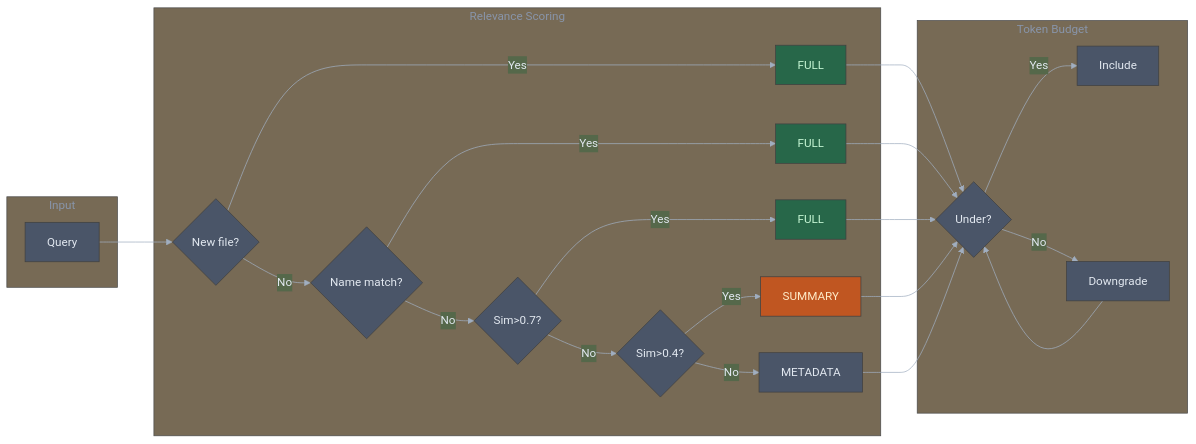
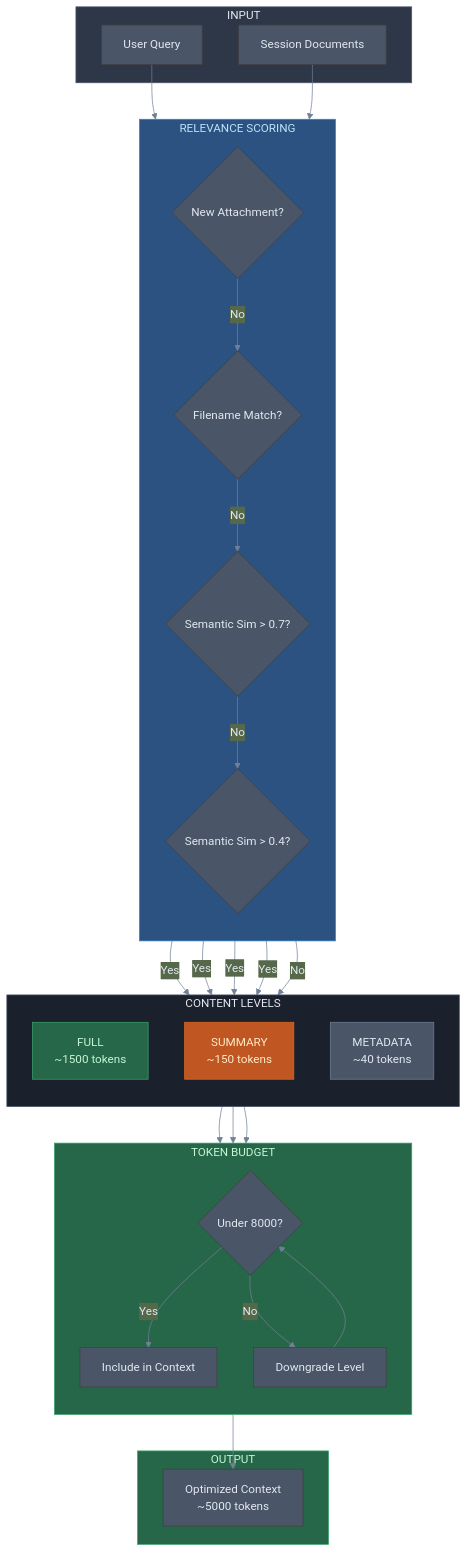
Before and after one commit to manumishra-zm/execution_plan: the fifth of 16 diagrams in chat_context/chat_context.md, drawn with Mermaid. The commit also changed other lines of this file, not shown here.

````diff
--- a/chat_context/chat_context.md
+++ b/chat_context/chat_context.md
@@ -162,29 +258,62 @@
 ```mermaid
-%%{init: {'theme': 'base', 'themeVariables': { 'primaryColor': '#4a5568', 'primaryTextColor': '#e2e8f0', 'lineColor': '#a0aec0'}}}%%
-flowchart LR
-    subgraph Input
-        Q[Query]
+%%{init: {'theme': 'base', 'themeVariables': { 'primaryColor': '#4a5568', 'primaryTextColor': '#e2e8f0', 'lineColor': '#718096'}}}%%
+flowchart TB
+    subgraph INPUT["INPUT"]
+        QUERY["User Query"]
+        DOCS["Session Documents"]
     end
-    subgraph Score["Relevance Scoring"]
-        S1{New file?} -->|Yes| FULL1[FULL]
-        S1 -->|No| S2{Name match?}
-        S2 -->|Yes| FULL2[FULL]
-        S2 -->|No| S3{Sim>0.7?}
-        S3 -->|Yes| FULL3[FULL]
-        S3 -->|No| S4{Sim>0.4?}
-        S4 -->|Yes| SUM[SUMMARY]
-        S4 -->|No| META[METADATA]
+
+    subgraph RELEVANCE["RELEVANCE SCORING"]
+        direction TB
+        CHECK1{"New Attachment?"}
+        CHECK2{"Filename Match?"}
+        CHECK3{"Semantic Sim > 0.7?"}
+        CHECK4{"Semantic Sim > 0.4?"}
     end
-    subgraph Budget["Token Budget"]
-        B1{Under?} -->|Yes| OK[Include]
-        B1 -->|No| DG[Downgrade]
-        DG --> B1
+
+    subgraph LEVELS["CONTENT LEVELS"]
+        direction TB
+        FULL["FULL\n~1500 tokens"]
+        SUMMARY["SUMMARY\n~150 tokens"]
+        META["METADATA\n~40 tokens"]
     end
-    Q --> S1
-    FULL1 & FULL2 & FULL3 & SUM & META --> B1
-    style FULL1 fill:#276749,color:#c6f6d5
-    style FULL2 fill:#276749,color:#c6f6d5
-    style FULL3 fill:#276749,color:#c6f6d5
-    style SUM fill:#c05621,color:#feebc8
-    style META fill:#4a5568,color:#e2e8f0
+
+    subgraph BUDGET["TOKEN BUDGET"]
+        direction TB
+        CHECK_B{"Under 8000?"}
+        DOWNGRADE["Downgrade Level"]
+        INCLUDE["Include in Context"]
+    end
+
+    subgraph OUTPUT["OUTPUT"]
+        CONTEXT["Optimized Context\n~5000 tokens"]
+    end
+
+    QUERY --> CHECK1
+    DOCS --> CHECK1
+    CHECK1 -->|"Yes"| FULL
+    CHECK1 -->|"No"| CHECK2
+    CHECK2 -->|"Yes"| FULL
+    CHECK2 -->|"No"| CHECK3
+    CHECK3 -->|"Yes"| FULL
+    CHECK3 -->|"No"| CHECK4
+    CHECK4 -->|"Yes"| SUMMARY
+    CHECK4 -->|"No"| META
+
+    FULL --> CHECK_B
+    SUMMARY --> CHECK_B
+    META --> CHECK_B
+    CHECK_B -->|"Yes"| INCLUDE
+    CHECK_B -->|"No"| DOWNGRADE
+    DOWNGRADE --> CHECK_B
+    INCLUDE --> CONTEXT
+
+    style INPUT fill:#2d3748,color:#e2e8f0,stroke:#4a5568
+    style RELEVANCE fill:#2c5282,color:#bee3f8,stroke:#3182ce
+    style LEVELS fill:#1a202c,color:#e2e8f0,stroke:#4a5568
+    style BUDGET fill:#276749,color:#c6f6d5,stroke:#38a169
+    style OUTPUT fill:#276749,color:#c6f6d5,stroke:#38a169
+    style FULL fill:#276749,color:#c6f6d5,stroke:#38a169
+    style SUMMARY fill:#c05621,color:#feebc8,stroke:#dd6b20
+    style META fill:#4a5568,color:#e2e8f0,stroke:#718096
 ```
````
